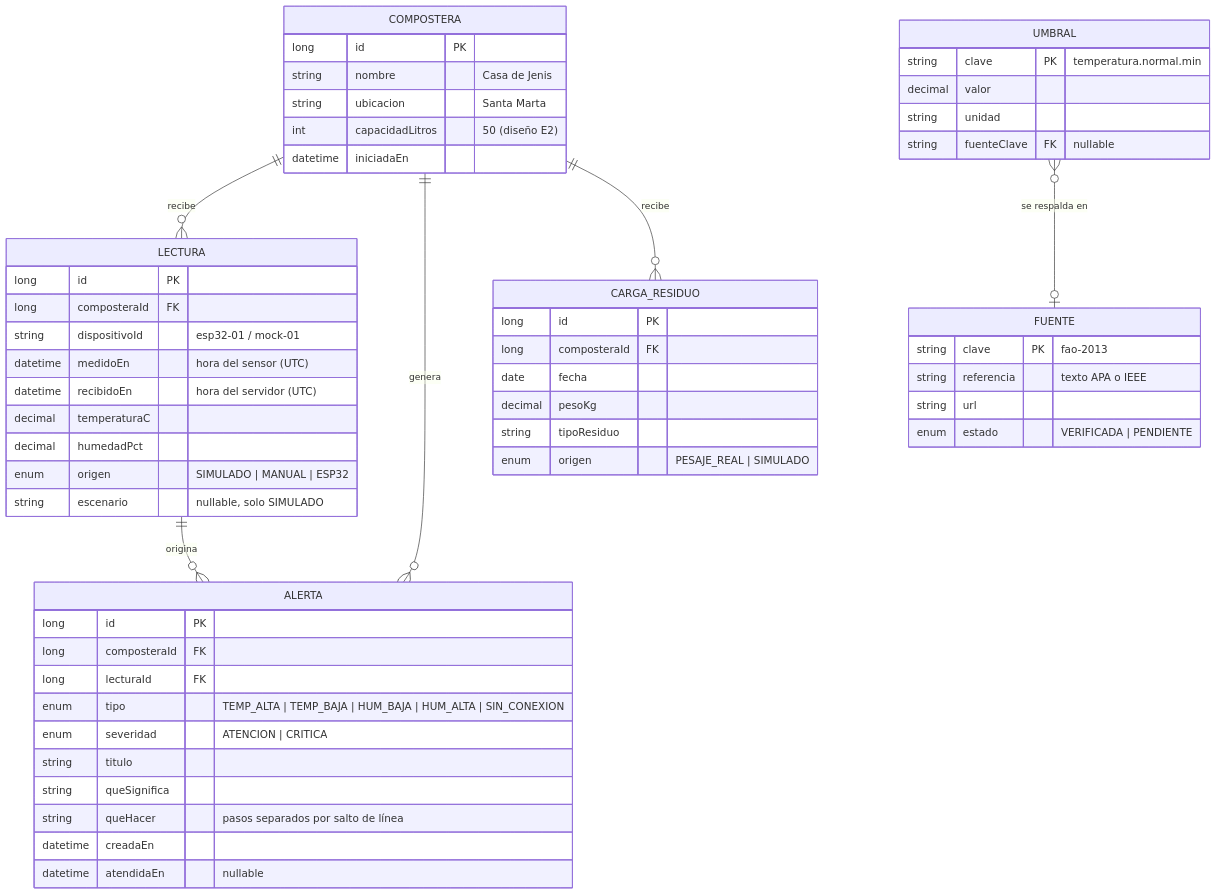
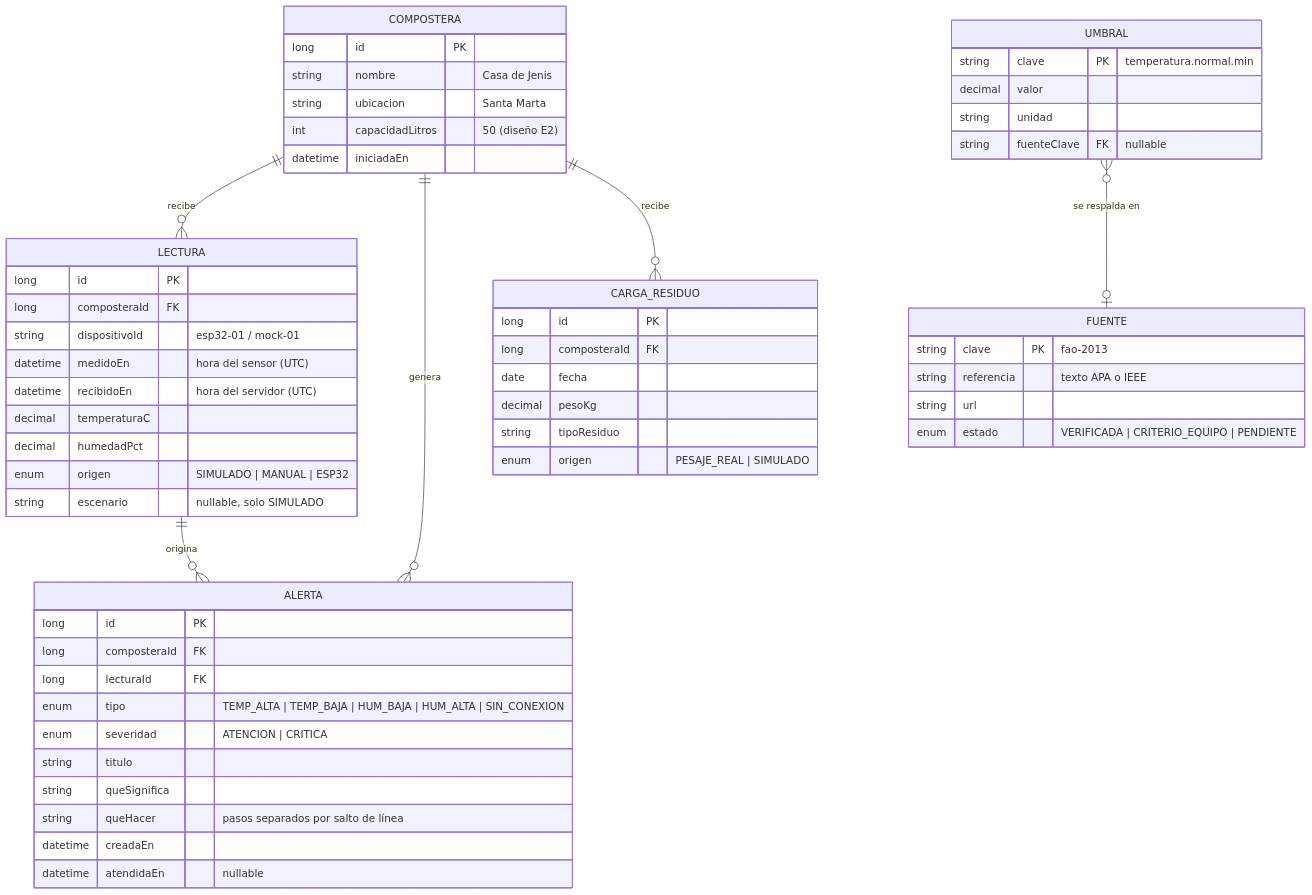
One commit to Bryan-Robles/ecocompost-iot changed the fourth of 7 diagrams in docs/analisis-arquitectura-entregable-3.md. Above: the diagram before and after it, drawn with Mermaid. The commit also changed other lines of this file and 18 other files, not shown here.

````diff
--- a/docs/analisis-arquitectura-entregable-3.md
+++ b/docs/analisis-arquitectura-entregable-3.md
@@ -185,59 +187,59 @@
 ```mermaid
 erDiagram
     COMPOSTERA ||--o{ LECTURA : recibe
     COMPOSTERA ||--o{ ALERTA : genera
     COMPOSTERA ||--o{ CARGA_RESIDUO : recibe
     LECTURA ||--o{ ALERTA : origina
     UMBRAL }o--o| FUENTE : "se respalda en"
 
     COMPOSTERA {
         long id PK
         string nombre "Casa de Jenis"
         string ubicacion "Santa Marta"
         int capacidadLitros "50 (diseño E2)"
         datetime iniciadaEn
     }
     LECTURA {
         long id PK
         long composteraId FK
         string dispositivoId "esp32-01 / mock-01"
         datetime medidoEn "hora del sensor (UTC)"
         datetime recibidoEn "hora del servidor (UTC)"
         decimal temperaturaC
         decimal humedadPct
         enum origen "SIMULADO | MANUAL | ESP32"
         string escenario "nullable, solo SIMULADO"
     }
     ALERTA {
         long id PK
         long composteraId FK
         long lecturaId FK
         enum tipo "TEMP_ALTA | TEMP_BAJA | HUM_BAJA | HUM_ALTA | SIN_CONEXION"
         enum severidad "ATENCION | CRITICA"
         string titulo
         string queSignifica
         string queHacer "pasos separados por salto de línea"
         datetime creadaEn
         datetime atendidaEn "nullable"
     }
     CARGA_RESIDUO {
         long id PK
         long composteraId FK
         date fecha
         decimal pesoKg
         string tipoResiduo
         enum origen "PESAJE_REAL | SIMULADO"
     }
     UMBRAL {
         string clave PK "temperatura.normal.min"
         decimal valor
         string unidad
         string fuenteClave FK "nullable"
     }
     FUENTE {
         string clave PK "fao-2013"
         string referencia "texto APA o IEEE"
         string url
-        enum estado "VERIFICADA | PENDIENTE"
+        enum estado "VERIFICADA | CRITERIO_EQUIPO | PENDIENTE"
     }
 ```
````
